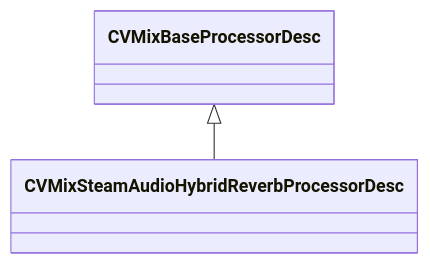
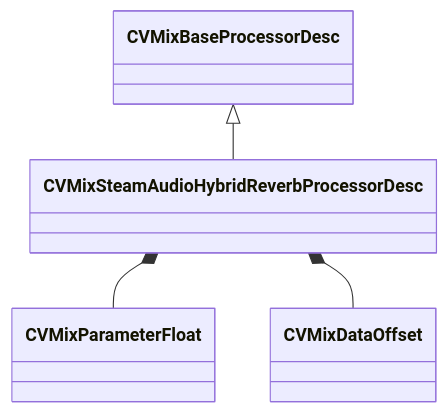
One commit to CS2OpenDev/CS2OpenDev-Docs changed the diagram in docs/generated/schemas/soundsystem_lowlevel/CVMixSteamAudioHybridReverbProcessorDesc.md. Above: the diagram before and after it, drawn with Mermaid. The commit also changed other lines of this file and 4654 other files, not shown here.

Commit message:
docs: regenerate for SchemaTracker build 25947352 [skip ci]

````diff
--- a/docs/generated/schemas/soundsystem_lowlevel/CVMixSteamAudioHybridReverbProcessorDesc.md
+++ b/docs/generated/schemas/soundsystem_lowlevel/CVMixSteamAudioHybridReverbProcessorDesc.md
@@ -19,4 +19,6 @@
 ```mermaid
 classDiagram
     CVMixBaseProcessorDesc <|-- CVMixSteamAudioHybridReverbProcessorDesc
+    CVMixSteamAudioHybridReverbProcessorDesc *-- CVMixParameterFloat
+    CVMixSteamAudioHybridReverbProcessorDesc *-- CVMixDataOffset
 ```
````
